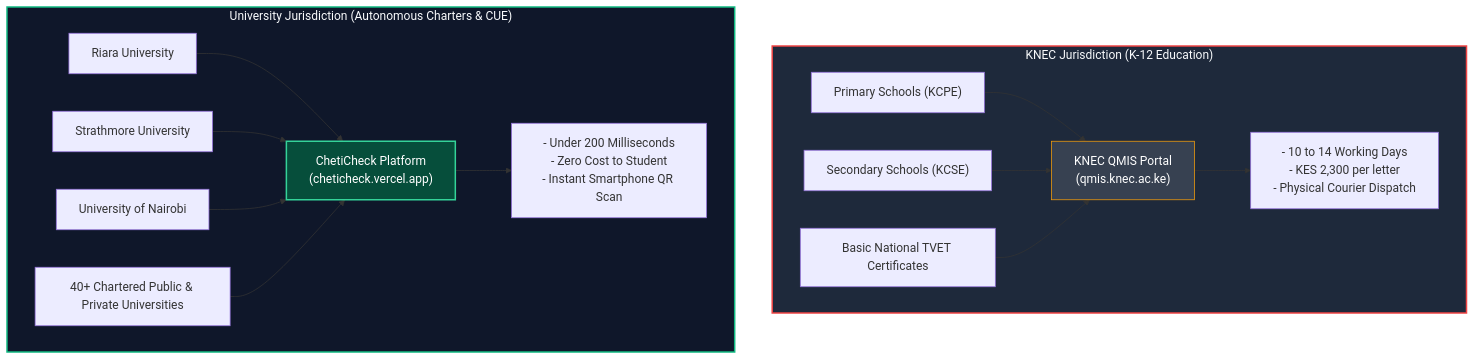
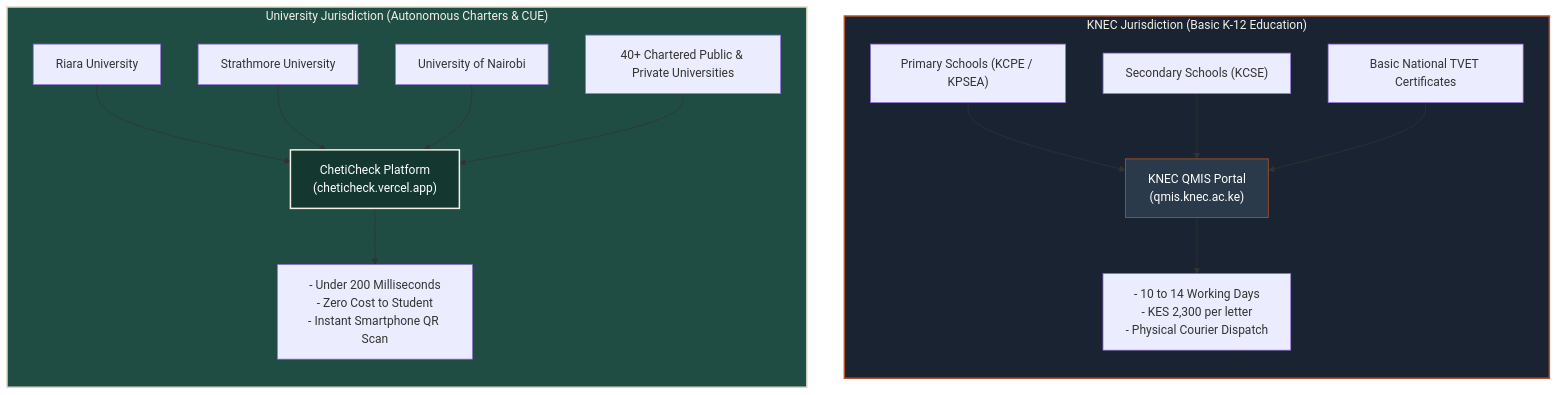
One commit to DavidMarkNjogu/cheti-check changed the first of 3 diagrams in WIKI.md. Above: the diagram before and after it, drawn with Mermaid. The commit also changed other lines of this file and 10 other files, not shown here.

````diff
--- a/WIKI.md
+++ b/WIKI.md
@@ -28,24 +29,26 @@
 ```mermaid
 flowchart TD
-    subgraph K12["KNEC Jurisdiction (K-12 Education)"]
-        K1["Primary Schools (KCPE)"]
+    subgraph K12["KNEC Jurisdiction (Basic K-12 Education)"]
+        direction TB
+        K1["Primary Schools (KCPE / KPSEA)"]
         K2["Secondary Schools (KCSE)"]
         K3["Basic National TVET Certificates"]
         K1 & K2 & K3 --> KP["KNEC QMIS Portal<br/>(qmis.knec.ac.ke)"]
         KP --> KR["- 10 to 14 Working Days<br/>- KES 2,300 per letter<br/>- Physical Courier Dispatch"]
     end
 
     subgraph HigherEd["University Jurisdiction (Autonomous Charters & CUE)"]
+        direction TB
         U1["Riara University"]
         U2["Strathmore University"]
         U3["University of Nairobi"]
         U4["40+ Chartered Public & Private Universities"]
         U1 & U2 & U3 & U4 --> CC["ChetiCheck Platform<br/>(cheticheck.vercel.app)"]
         CC --> CR["- Under 200 Milliseconds<br/>- Zero Cost to Student<br/>- Instant Smartphone QR Scan"]
     end
 
-    style K12 fill:#1e293b,stroke:#ef4444,stroke-width:2px,color:#f8fafc
-    style HigherEd fill:#0f172a,stroke:#10b981,stroke-width:2px,color:#f8fafc
-    style KP fill:#374151,stroke:#f59e0b,stroke-width:1px,color:#ffffff
-    style CC fill:#064e3b,stroke:#34d399,stroke-width:2px,color:#ffffff
+    style K12 fill:#1a2332,stroke:#b4552d,stroke-width:2px,color:#f5f0e6
+    style HigherEd fill:#1f4d43,stroke:#dfd7c2,stroke-width:2px,color:#f5f0e6
+    style KP fill:#2b3a4a,stroke:#b4552d,stroke-width:1px,color:#ffffff
+    style CC fill:#143730,stroke:#f5f0e6,stroke-width:2px,color:#ffffff
 ```
````
